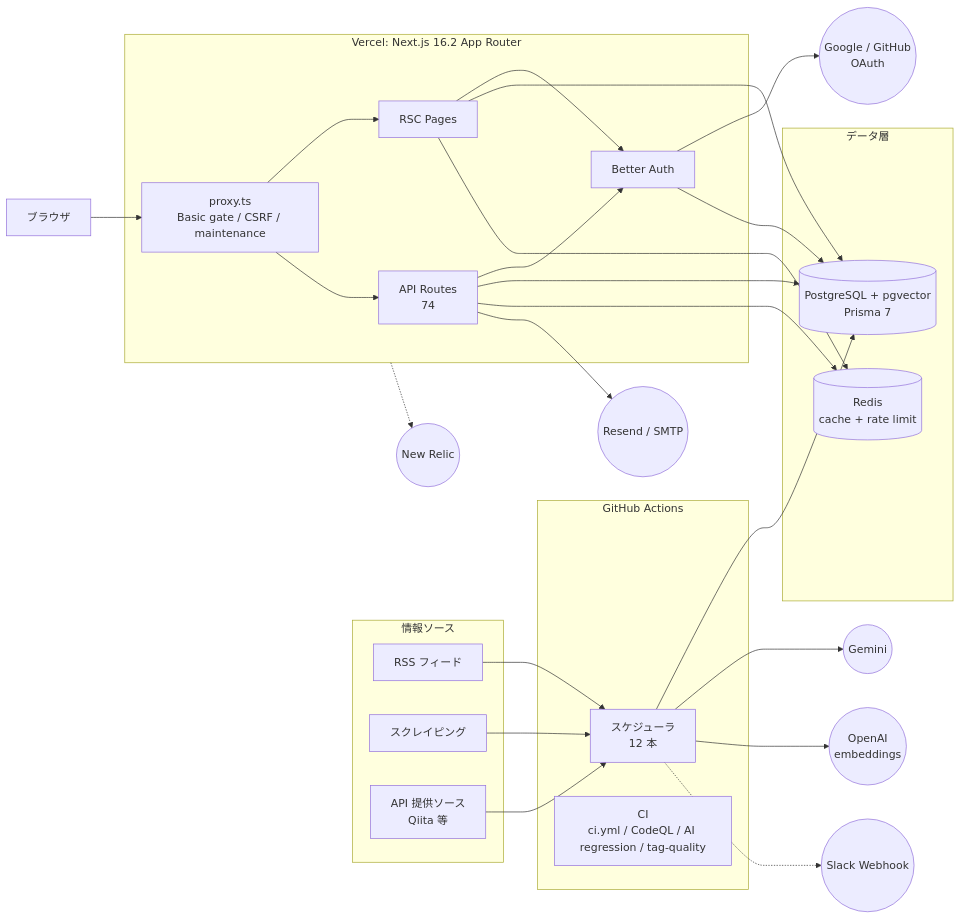
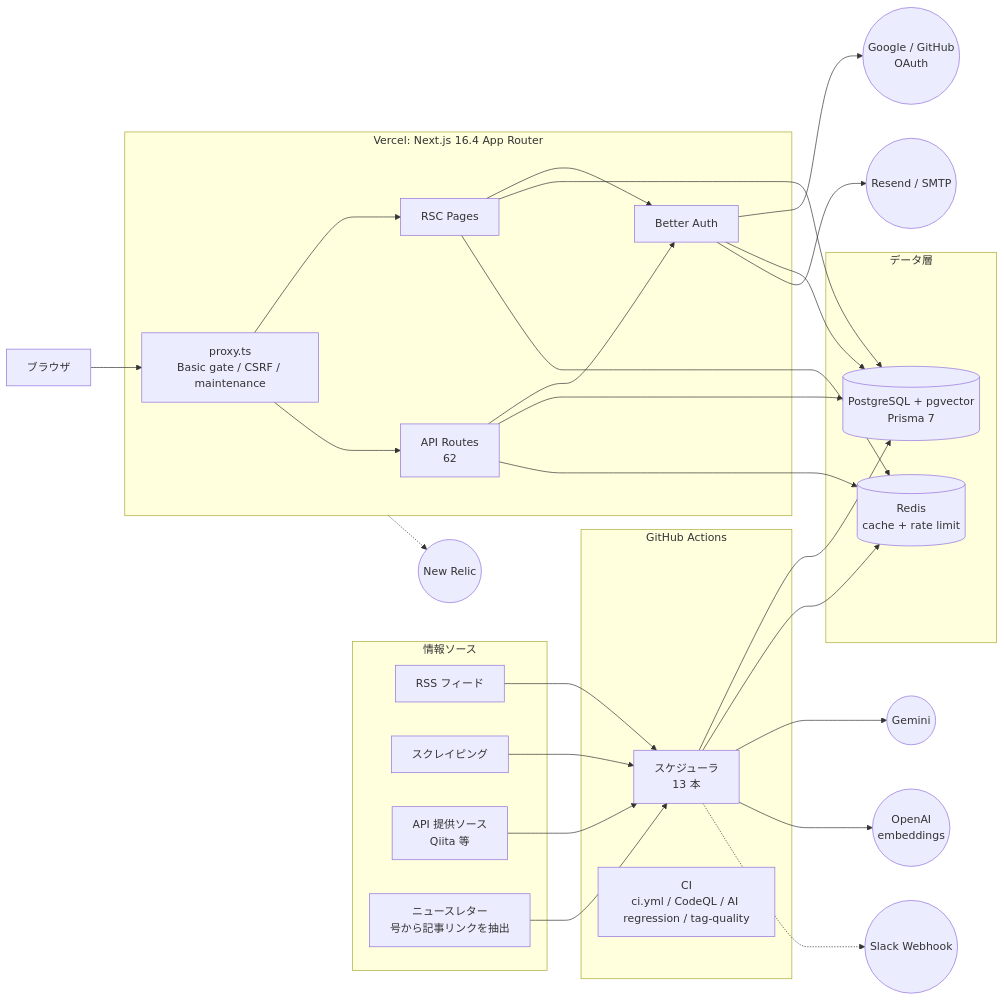
Before and after one commit to pawafulu7/techtrend: the first of 2 diagrams in docs/architecture/01-system-overview.md, drawn with Mermaid. The commit also changed other lines of this file and 223 other files, not shown here.

````diff
--- a/docs/architecture/01-system-overview.md
+++ b/docs/architecture/01-system-overview.md
@@ -9,56 +9,59 @@
 ```mermaid
 flowchart LR
     browser["ブラウザ"]
 
     subgraph src["情報ソース"]
         src_rss["RSS フィード"]
         src_scrape["スクレイピング"]
         src_api["API 提供ソース<br/>Qiita 等"]
+        src_news["ニュースレター<br/>号から記事リンクを抽出"]
     end
 
     subgraph gha["GitHub Actions"]
-        gha_sched["スケジューラ<br/>12 本"]
+        gha_sched["スケジューラ<br/>13 本"]
         gha_ci["CI<br/>ci.yml / CodeQL / AI regression / tag-quality"]
     end
 
-    subgraph vercel["Vercel: Next.js 16.2 App Router"]
+    subgraph vercel["Vercel: Next.js 16.4 App Router"]
         proxy["proxy.ts<br/>Basic gate / CSRF / maintenance"]
         pages["RSC Pages"]
-        api_routes["API Routes<br/>74"]
+        api_routes["API Routes<br/>62"]
         better_auth["Better Auth"]
     end
 
     subgraph data["データ層"]
         pg[("PostgreSQL + pgvector<br/>Prisma 7")]
         redis[("Redis<br/>cache + rate limit")]
     end
 
     gemini(("Gemini"))
     openai(("OpenAI<br/>embeddings"))
     mail(("Resend / SMTP"))
     slack(("Slack Webhook"))
     oauth(("Google / GitHub<br/>OAuth"))
     newrelic(("New Relic"))
 
     src_rss --> gha_sched
     src_scrape --> gha_sched
     src_api --> gha_sched
+    src_news --> gha_sched
     gha_sched --> pg
+    gha_sched --> redis
     gha_sched --> gemini
     gha_sched --> openai
     gha_sched -.-> slack
 
     browser --> proxy
     proxy --> pages
     proxy --> api_routes
     pages --> better_auth
     api_routes --> better_auth
     better_auth --> oauth
     better_auth --> pg
+    better_auth --> mail
     pages --> pg
     pages --> redis
     api_routes --> pg
     api_routes --> redis
-    api_routes --> mail
     vercel -.-> newrelic
 ```
````
